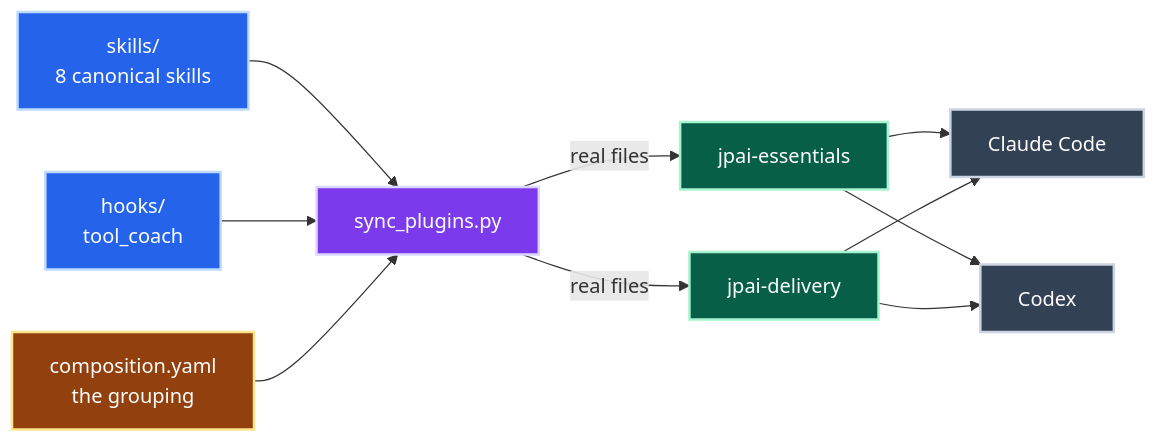
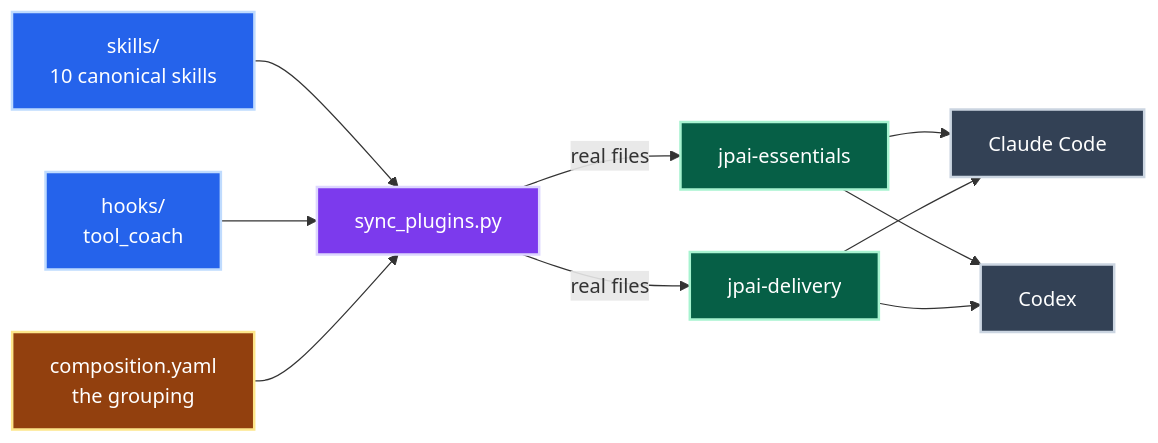
The first of 2 diagrams in README.md (jpeakai/skills), drawn with Mermaid before and after one commit. The commit also changed other lines of this file and 101 other files, not shown here.

````diff
--- a/README.md
+++ b/README.md
@@ -124,27 +125,27 @@
 ```mermaid
 flowchart LR
-    SK["skills/<br/>8 canonical skills"]:::src
+    SK["skills/<br/>10 canonical skills"]:::src
     HK["hooks/<br/>tool_coach"]:::src
     CF["composition.yaml<br/>the grouping"]:::cfg
     SY["sync_plugins.py"]:::proc
     ES["jpai-essentials"]:::pack
     DL["jpai-delivery"]:::pack
     CC["Claude Code"]:::host
     CX["Codex"]:::host
 
     SK --> SY
     HK --> SY
     CF --> SY
     SY -->|real files| ES
     SY -->|real files| DL
     ES --> CC
     ES --> CX
     DL --> CC
     DL --> CX
 
     classDef src   fill:#2563eb,stroke:#bfdbfe,color:#ffffff,stroke-width:2px
     classDef cfg   fill:#92400e,stroke:#fde68a,color:#ffffff,stroke-width:2px
     classDef proc  fill:#7c3aed,stroke:#ddd6fe,color:#ffffff,stroke-width:2px
     classDef pack  fill:#065f46,stroke:#a7f3d0,color:#ffffff,stroke-width:2px
     classDef host  fill:#334155,stroke:#cbd5e1,color:#ffffff,stroke-width:2px
 ```
````
